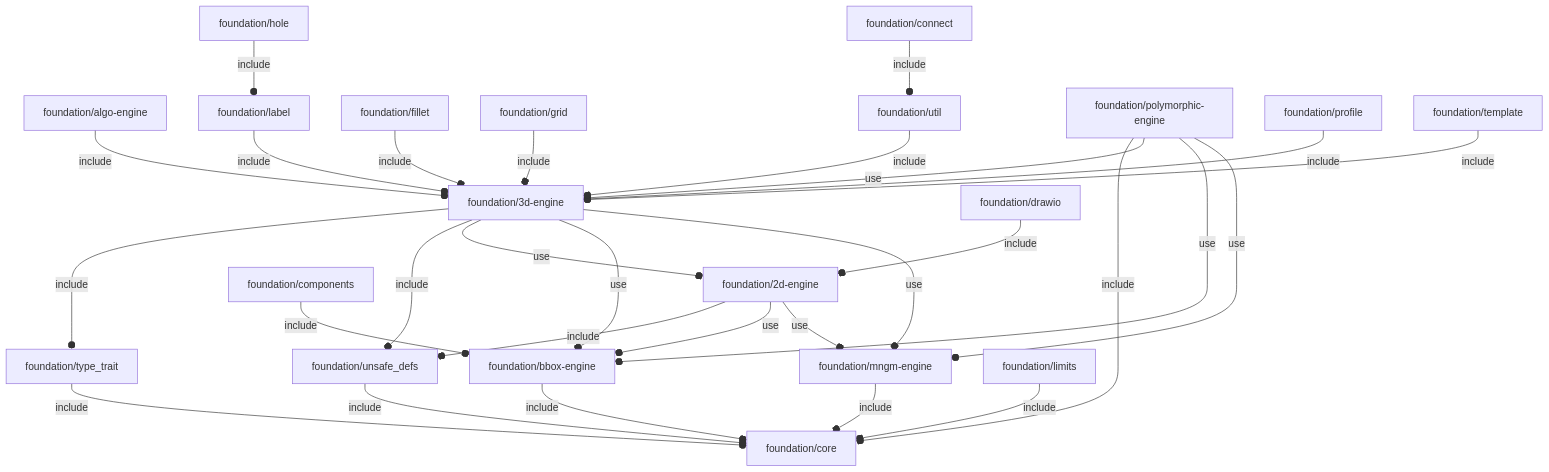
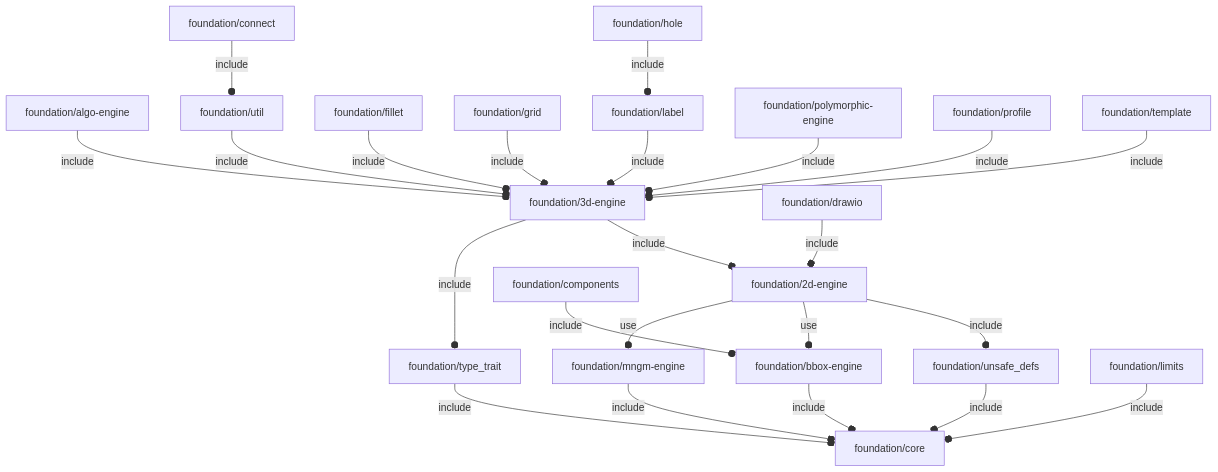
The diagram in orthodocs/foundation/deps.md (ggabbiani/OFL), drawn with Mermaid before and after one commit. The commit also changed 5 other files, not shown here.

````diff
--- a/orthodocs/foundation/deps.md
+++ b/orthodocs/foundation/deps.md
@@ -3,32 +3,26 @@
 ```mermaid
 graph TD
     A1[foundation/2d-engine] --o|include| A2[foundation/unsafe_defs]
     A1 --o|use| A3[foundation/bbox-engine]
     A1 --o|use| A4[foundation/mngm-engine]
-    A5[foundation/3d-engine] --o|include| A6[foundation/type_trait]
-    A5 --o|include| A2
-    A5 --o|use| A1
-    A5 --o|use| A3
-    A5 --o|use| A4
+    A5[foundation/3d-engine] --o|include| A1
+    A5 --o|include| A6[foundation/type_trait]
     A7[foundation/algo-engine] --o|include| A5
     A3 --o|include| A8[foundation/core]
     A9[foundation/components] --o|include| A3
     A10[foundation/connect] --o|include| A11[foundation/util]
     A8
     A12[foundation/drawio] --o|include| A1
     A13[foundation/fillet] --o|include| A5
     A14[foundation/grid] --o|include| A5
     A15[foundation/hole] --o|include| A16[foundation/label]
     A16 --o|include| A5
     A17[foundation/limits] --o|include| A8
     A4 --o|include| A8
-    A18[foundation/polymorphic-engine] --o|include| A8
-    A18 --o|use| A5
-    A18 --o|use| A3
-    A18 --o|use| A4
+    A18[foundation/polymorphic-engine] --o|include| A5
     A19[foundation/profile] --o|include| A5
     A20[foundation/template] --o|include| A5
     A6 --o|include| A8
     A2 --o|include| A8
     A11 --o|include| A5
 ```
````
